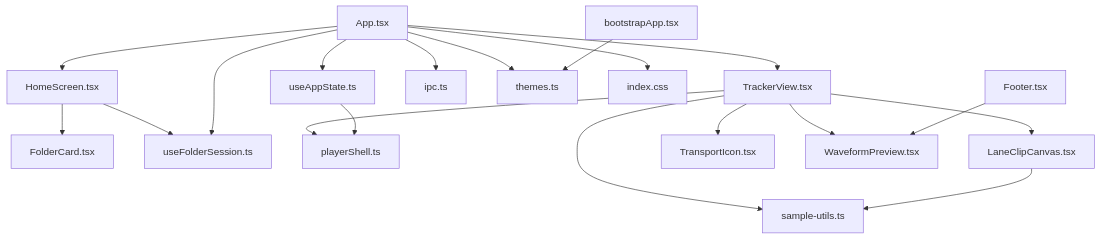
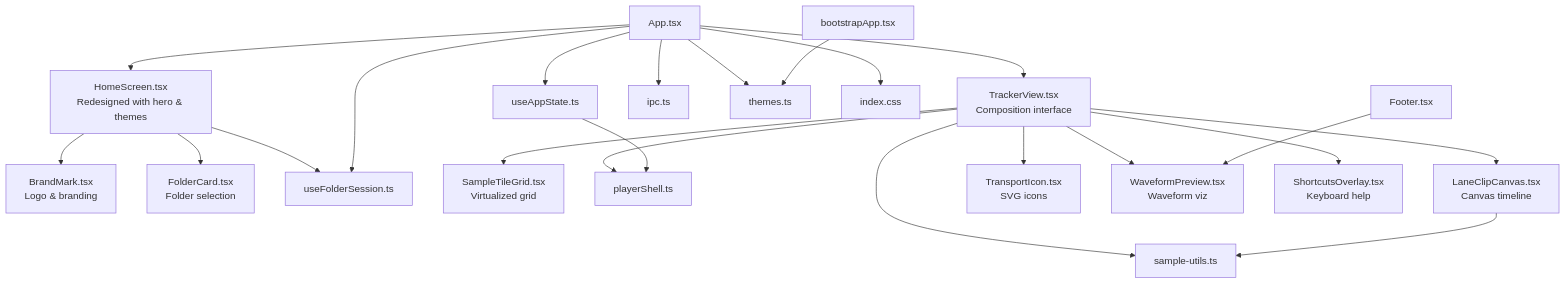
Before and after one commit to satyrlord/mixjam-electron: the eighth of 8 diagrams in .qoder/repowiki/en/content/Core Components/UI Components.md, drawn with Mermaid. The commit also changed other lines of this file and 37 other files, not shown here.

````diff
--- a/.qoder/repowiki/en/content/Core Components/UI Components.md
+++ b/.qoder/repowiki/en/content/Core Components/UI Components.md
@@ -628,21 +809,24 @@
 ```mermaid
 graph TB
-Home["HomeScreen.tsx"] --> FolderCard["FolderCard.tsx"]
+Home["HomeScreen.tsx<br/>Redesigned with hero & themes"] --> BrandMark["BrandMark.tsx<br/>Logo & branding"]
+Home --> FolderCard["FolderCard.tsx<br/>Folder selection"]
 Home --> FS["useFolderSession.ts"]
 App["App.tsx"] --> Home
-App --> Tracker["TrackerView.tsx"]
+App --> Tracker["TrackerView.tsx<br/>Composition interface"]
 App --> FS
 App --> AS["useAppState.ts"]
+Tracker --> STG["SampleTileGrid.tsx<br/>Virtualized grid"]
 Tracker --> PS["playerShell.ts"]
-Tracker --> LCC["LaneClipCanvas.tsx"]
+Tracker --> LCC["LaneClipCanvas.tsx<br/>Canvas timeline"]
 Tracker --> SU["sample-utils.ts"]
-Tracker --> WI["TransportIcon.tsx"]
-Tracker --> WP["WaveformPreview.tsx"]
+Tracker --> WI["TransportIcon.tsx<br/>SVG icons"]
+Tracker --> WP["WaveformPreview.tsx<br/>Waveform viz"]
+Tracker --> Shortcuts["ShortcutsOverlay.tsx<br/>Keyboard help"]
 LCC --> SU
 AS --> PS
 App --> IPC["ipc.ts"]
 App --> Theme["themes.ts"]
 App --> Styles["index.css"]
 Bootstrap["bootstrapApp.tsx"] --> Theme
 Footer["Footer.tsx"] --> WP
 ```
````
